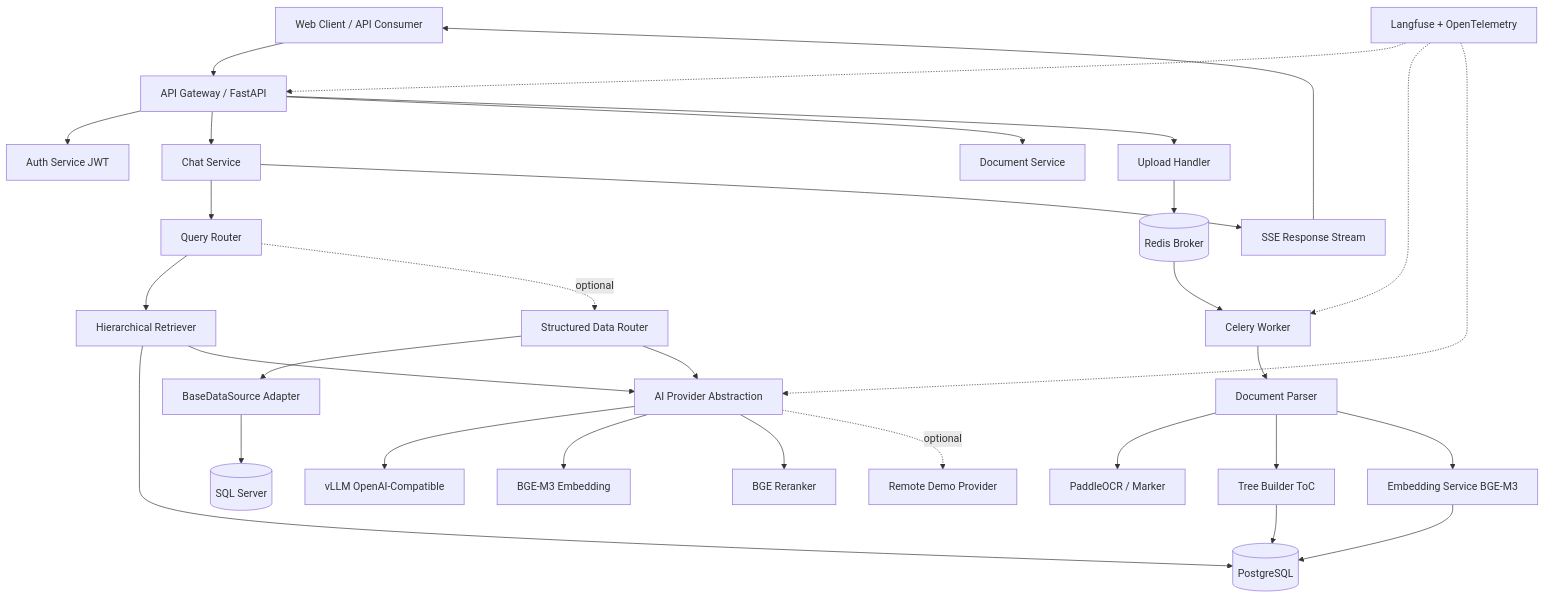
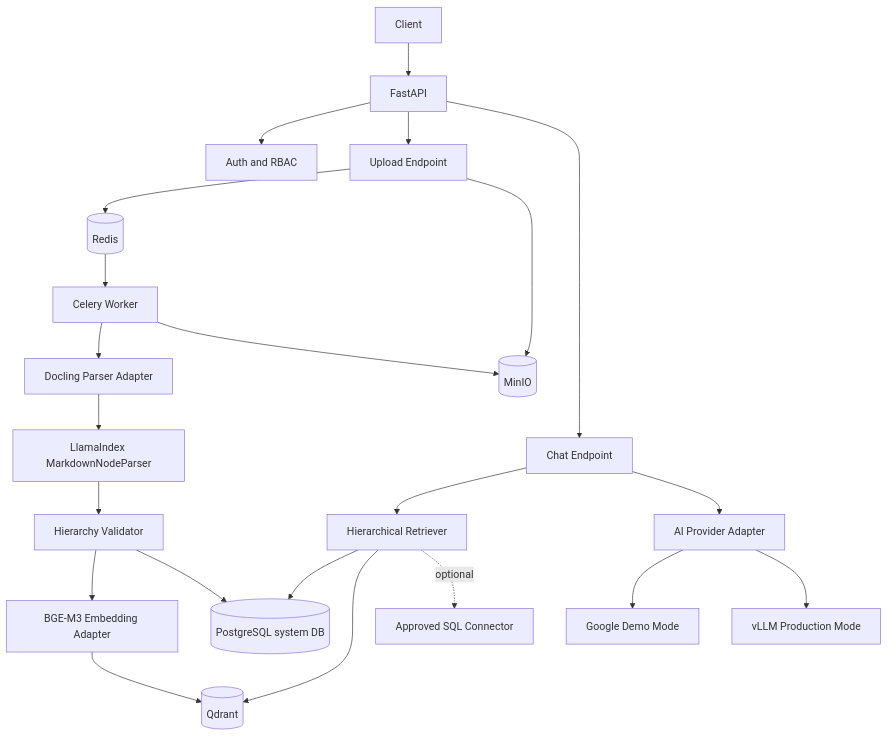
The diagram in docs/01_SYSTEM_ARCHITECTURE.md (qtuanph/chatbot-rag), drawn with Mermaid before and after one commit. The commit also changed other lines of this file and 43 other files, not shown here.

First line of the commit message:
feat: Implement Qdrant vector store adapter and associated services

````diff
--- a/docs/01_SYSTEM_ARCHITECTURE.md
+++ b/docs/01_SYSTEM_ARCHITECTURE.md
@@ -19,40 +22,28 @@
 ```mermaid
 graph TD
-    Client[Web Client / API Consumer] --> Gateway[API Gateway / FastAPI]
-    Gateway --> Auth[Auth Service JWT]
-    Gateway --> ChatSvc[Chat Service]
-    Gateway --> DocSvc[Document Service]
-    Gateway --> Upload[Upload Handler]
+    Client[Client] --> API[FastAPI]
+    API --> Auth[Auth and RBAC]
+    API --> Upload[Upload Endpoint]
+    API --> Chat[Chat Endpoint]
 
-    Upload --> Queue[(Redis Broker)]
-    Queue --> Worker[Celery Worker]
+    Upload --> Redis[(Redis)]
+    Redis --> Worker[Celery Worker]
 
-    Worker --> Parser[Document Parser]
-    Parser --> OCR[PaddleOCR / Marker]
-    Parser --> TreeBuilder[Tree Builder ToC]
-    Parser --> Embedder[Embedding Service BGE-M3]
+    Worker --> Parser[Docling Parser Adapter]
+    Parser --> NodeParser[LlamaIndex MarkdownNodeParser]
+    NodeParser --> Validator[Hierarchy Validator]
+    Validator --> Embedder[BGE-M3 Embedding Adapter]
+    Embedder --> Qdrant[(Qdrant)]
+    Validator --> PG[(PostgreSQL system DB)]
 
-    TreeBuilder --> DB[(PostgreSQL)]
-    Embedder --> DB
+    Upload --> MinIO[(MinIO)]
+    Worker --> MinIO
 
-    ChatSvc --> Router[Query Router]
-    Router --> Retriever[Hierarchical Retriever]
-    Router -. optional .-> SQLRouter[Structured Data Router]
-    Retriever --> DB
-    Retriever --> AIProvider[AI Provider Abstraction]
-    SQLRouter --> DataSource[BaseDataSource Adapter]
-    DataSource --> SQLServer[(SQL Server)]
-    SQLRouter --> AIProvider
-
-    AIProvider --> vLLM[vLLM OpenAI-Compatible]
-    AIProvider --> EmbedAPI[BGE-M3 Embedding]
-    AIProvider --> Reranker[BGE Reranker]
-    AIProvider -. optional .-> DemoProvider[Remote Demo Provider]
-
-    ChatSvc --> SSE[SSE Response Stream]
-    SSE --> Client
-
-    Observability[Langfuse + OpenTelemetry] -.-> Gateway
-    Observability -.-> Worker
-    Observability -.-> AIProvider
+    Chat --> Retriever[Hierarchical Retriever]
+    Retriever --> PG
+    Retriever --> Qdrant
+    Retriever -. optional .-> SQLConnector[Approved SQL Connector]
+    Chat --> LLM[AI Provider Adapter]
+    LLM --> Google[Google Demo Mode]
+    LLM --> vLLM[vLLM Production Mode]
 ```
````
